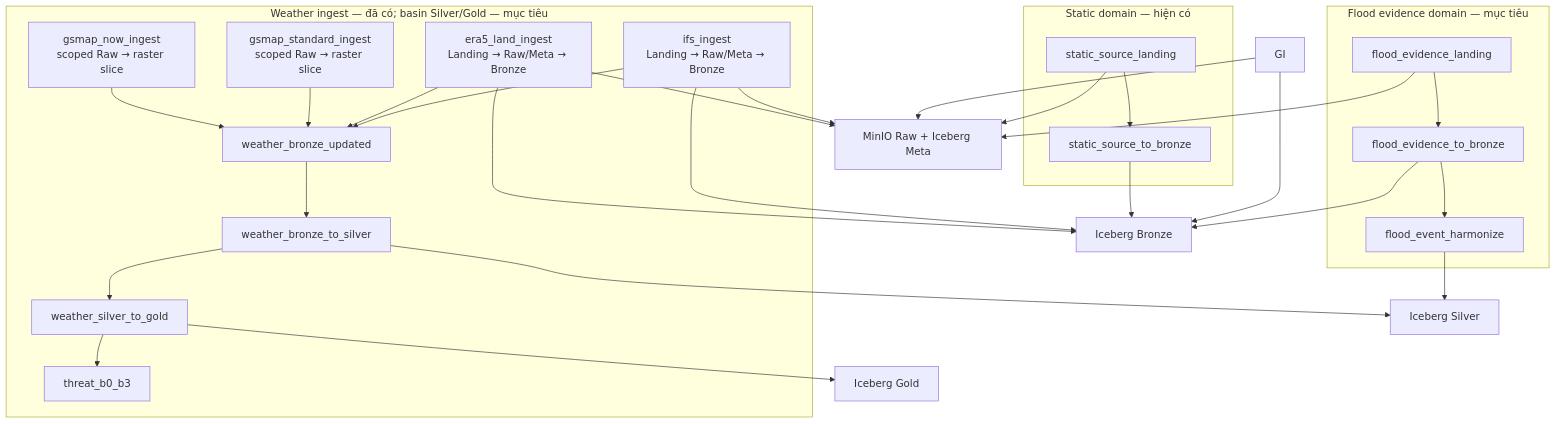
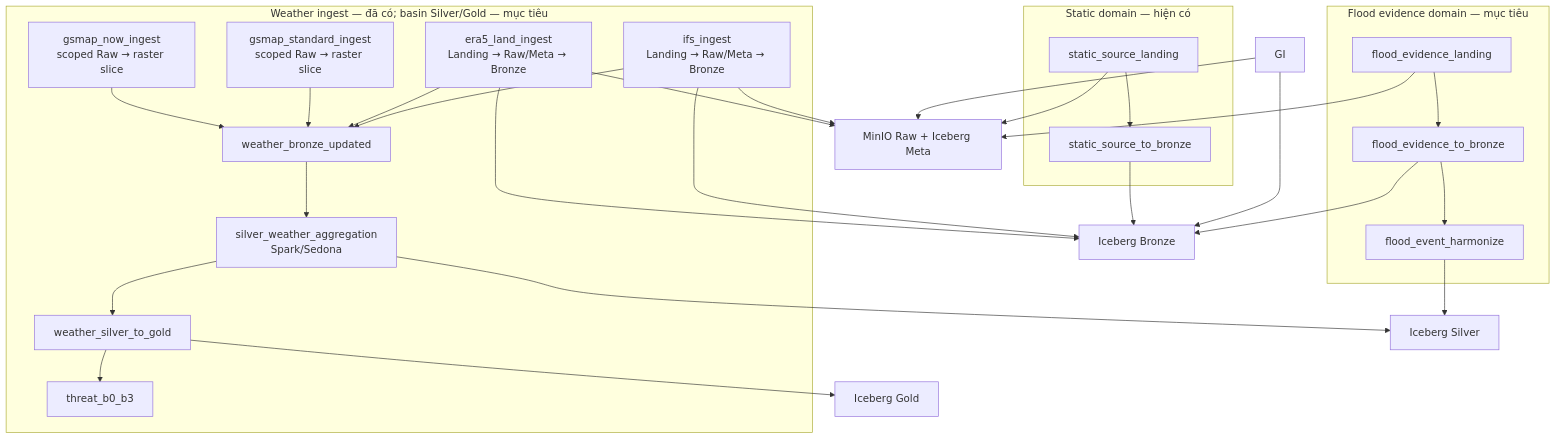
One commit to cloud-vmih/flood-lake-kg changed the fourth of 5 diagrams in docs/pipeline_architecture_and_roadmap.md. Above: the diagram before and after it, drawn with Mermaid. The commit also changed other lines of this file and 463 other files, not shown here.

````diff
--- a/docs/pipeline_architecture_and_roadmap.md
+++ b/docs/pipeline_architecture_and_roadmap.md
@@ -306,40 +324,40 @@
 ```mermaid
 flowchart TD
   subgraph Static["Static domain — hiện có"]
     SL["static_source_landing"] --> SB["static_source_to_bronze"]
   end
 
   subgraph Event["Flood evidence domain — mục tiêu"]
     FL["flood_evidence_landing"] --> FB["flood_evidence_to_bronze"]
     FB --> FH["flood_event_harmonize"]
   end
 
   subgraph Weather["Weather ingest — đã có; basin Silver/Gold — mục tiêu"]
     GN["gsmap_now_ingest<br/>scoped Raw → raster slice"]
     GS["gsmap_standard_ingest<br/>scoped Raw → raster slice"]
     EI["era5_land_ingest<br/>Landing → Raw/Meta → Bronze"]
     II["ifs_ingest<br/>Landing → Raw/Meta → Bronze"]
     GN --> ASSET["weather_bronze_updated"]
     GS --> ASSET
     EI --> ASSET
     II --> ASSET
-    ASSET --> WS["weather_bronze_to_silver"]
+    ASSET --> WS["silver_weather_aggregation<br/>Spark/Sedona"]
     WS --> WG["weather_silver_to_gold"]
     WG --> TH["threat_b0_b3"]
   end
 
   SL --> RAW["MinIO Raw + Iceberg Meta"]
   FL --> RAW
   GI --> RAW
   EI --> RAW
   II --> RAW
 
   SB --> BR["Iceberg Bronze"]
   FB --> BR
   GI --> BR
   EI --> BR
   II --> BR
   FH --> SI["Iceberg Silver"]
   WS --> SI
   WG --> GO["Iceberg Gold"]
 ```
````
